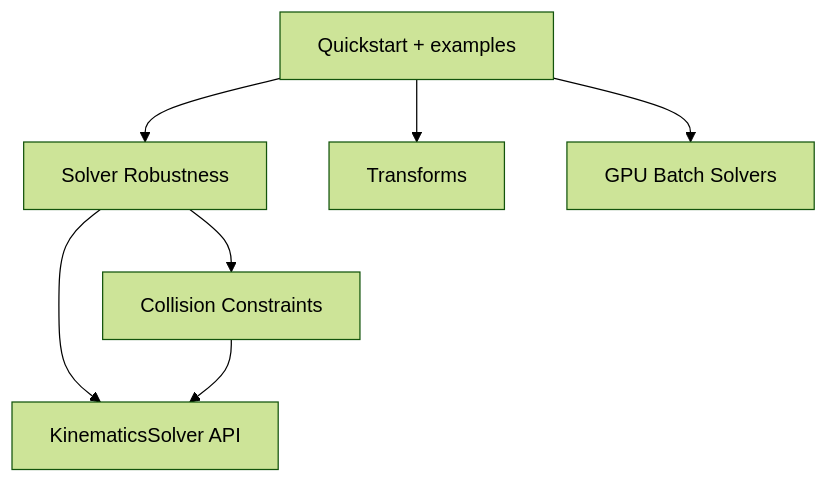
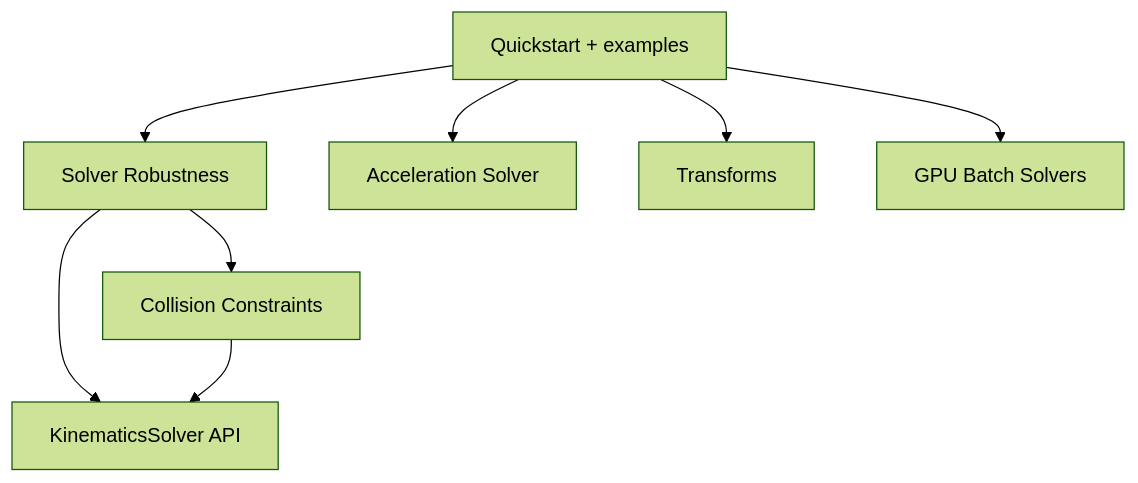
The diagram in docs/guides/index.md (robodreamer/embodik), drawn with Mermaid (forest theme) before and after one commit. The commit also changed other lines of this file and 13 other files, not shown here.

````diff
--- a/docs/guides/index.md
+++ b/docs/guides/index.md
@@ -20,9 +21,10 @@
 ```mermaid
 flowchart TB
   Q[Quickstart + examples] --> R[Solver Robustness]
   R --> C[Collision Constraints]
   R --> API[KinematicsSolver API]
+  Q --> A[Acceleration Solver]
   C --> API
   Q --> T[Transforms]
   Q --> G[GPU Batch Solvers]
 ```
````
